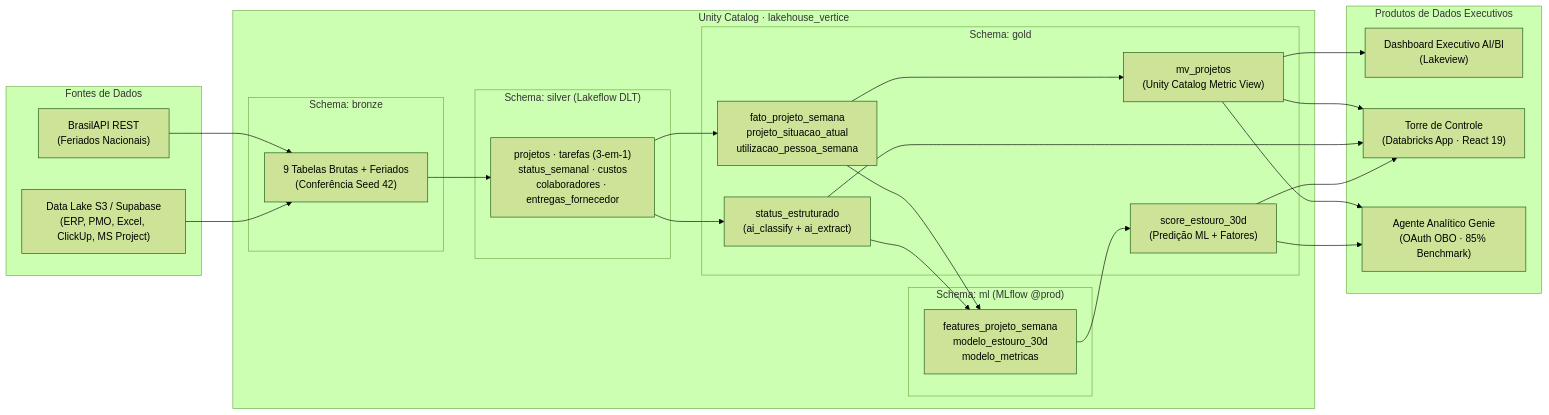
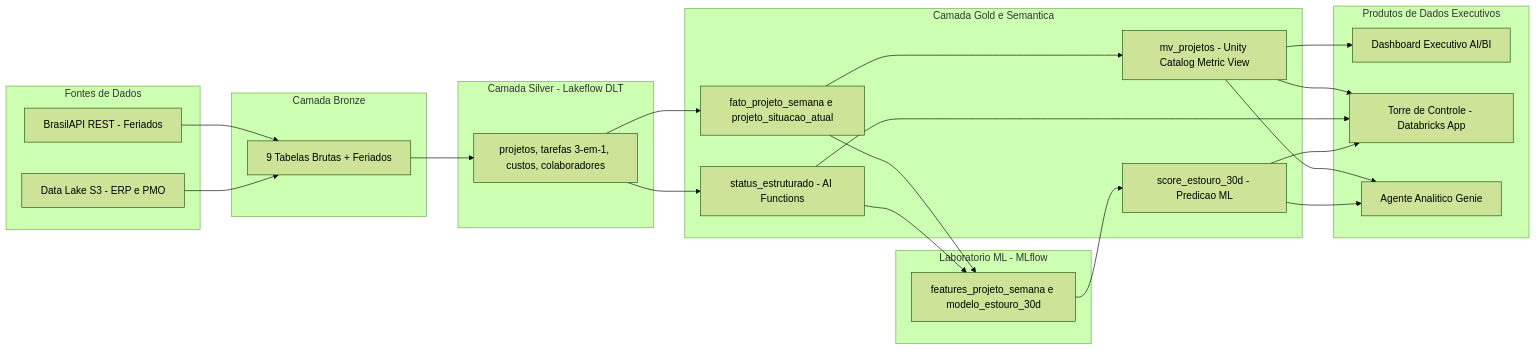
One commit to Bauer-analytics1910/databricks-lakehouse-control-tower changed the diagram in README.md. Above: the diagram before and after it, drawn with Mermaid (forest theme). The commit also changed other lines of this file and 2 other files, not shown here.

Commit message:
fix(docs): corrige sintaxe mermaid e remove delimitadores LaTeX que quebravam o rich display no GitHub

````diff
--- a/README.md
+++ b/README.md
@@ -33,50 +33,48 @@
 ```mermaid
 flowchart LR
     subgraph Fontes["Fontes de Dados"]
-        API["BrasilAPI REST<br/>(Feriados Nacionais)"]
-        S3["Data Lake S3 / Supabase<br/>(ERP, PMO, Excel, ClickUp, MS Project)"]
+        API["BrasilAPI REST - Feriados"]
+        S3["Data Lake S3 - ERP e PMO"]
     end
 
-    subgraph UC["Unity Catalog · lakehouse_vertice"]
-        subgraph Bronze["Schema: bronze"]
-            B1["9 Tabelas Brutas + Feriados<br/>(Conferência Seed 42)"]
-        end
+    subgraph Bronze["Camada Bronze"]
+        B1["9 Tabelas Brutas + Feriados"]
+    end
 
-        subgraph Silver["Schema: silver (Lakeflow DLT)"]
-            S1["projetos · tarefas (3-em-1)<br/>status_semanal · custos<br/>colaboradores · entregas_fornecedor"]
-        end
+    subgraph Silver["Camada Silver - Lakeflow DLT"]
+        S1["projetos, tarefas 3-em-1, custos, colaboradores"]
+    end
 
-        subgraph Gold["Schema: gold"]
-            G1["fato_projeto_semana<br/>projeto_situacao_atual<br/>utilizacao_pessoa_semana"]
-            G2["status_estruturado<br/>(ai_classify + ai_extract)"]
-            G3["mv_projetos<br/>(Unity Catalog Metric View)"]
-            G4["score_estouro_30d<br/>(Predição ML + Fatores)"]
-        end
+    subgraph Gold["Camada Gold e Semantica"]
+        G1["fato_projeto_semana e projeto_situacao_atual"]
+        G2["status_estruturado - AI Functions"]
+        G3["mv_projetos - Unity Catalog Metric View"]
+        G4["score_estouro_30d - Predicao ML"]
+    end
 
-        subgraph ML["Schema: ml (MLflow @prod)"]
-            M1["features_projeto_semana<br/>modelo_estouro_30d<br/>modelo_metricas"]
-        end
+    subgraph ML["Laboratorio ML - MLflow"]
+        M1["features_projeto_semana e modelo_estouro_30d"]
     end
 
     subgraph Consumo["Produtos de Dados Executivos"]
-        D1["Dashboard Executivo AI/BI<br/>(Lakeview)"]
-        D2["Torre de Controle<br/>(Databricks App · React 19)"]
-        D3["Agente Analítico Genie<br/>(OAuth OBO · 85% Benchmark)"]
+        D1["Dashboard Executivo AI/BI"]
+        D2["Torre de Controle - Databricks App"]
+        D3["Agente Analitico Genie"]
     end
 
     API --> B1
     S3 --> B1
     B1 --> S1
     S1 --> G1
     S1 --> G2
     G1 --> M1
     G2 --> M1
     M1 --> G4
     G1 --> G3
     G3 --> D1
     G3 --> D2
     G3 --> D3
     G2 --> D2
     G4 --> D2
     G4 --> D3
 ```
````
